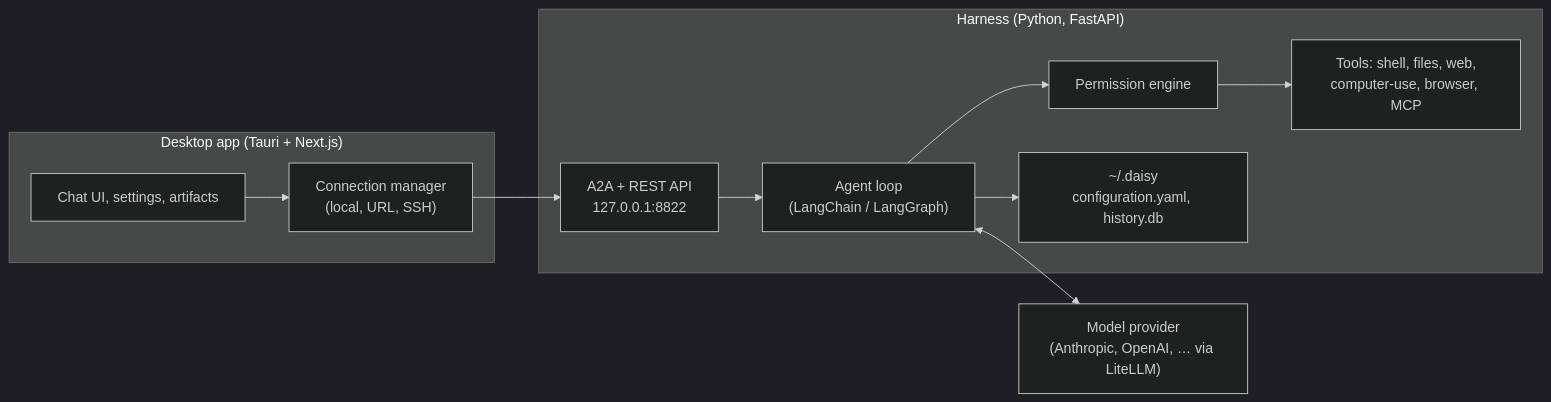
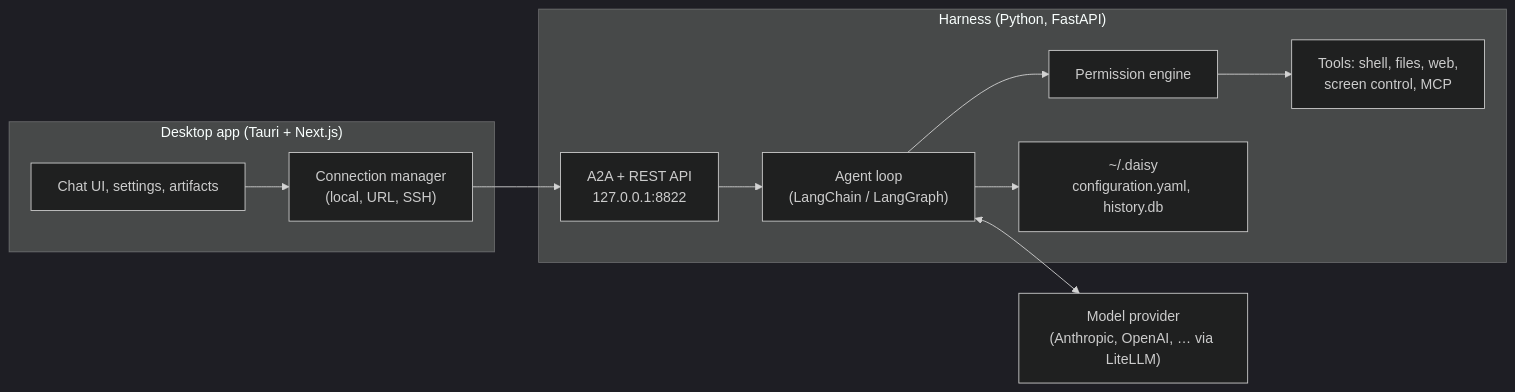
One commit to ghovax/frank changed the diagram in documentation/architecture.md. Above: the diagram before and after it, drawn with Mermaid (dark theme). The commit also changed other lines of this file and 42 other files, not shown here.

````diff
--- a/documentation/architecture.md
+++ b/documentation/architecture.md
@@ -5,22 +5,22 @@
 ```mermaid
 flowchart LR
     subgraph Client["Desktop app (Tauri + Next.js)"]
         UI["Chat UI, settings, artifacts"]
         Conn["Connection manager<br/>(local, URL, SSH)"]
     end
 
     subgraph Harness["Harness (Python, FastAPI)"]
         API["A2A + REST API<br/>127.0.0.1:8822"]
         Loop["Agent loop<br/>(LangChain / LangGraph)"]
         Perm["Permission engine"]
-        Tools["Tools: shell, files, web,<br/>computer-use, browser, MCP"]
+        Tools["Tools: shell, files, web,<br/>screen control, MCP"]
         Store["~/.daisy<br/>configuration.yaml, history.db"]
     end
 
     Model["Model provider<br/>(Anthropic, OpenAI, … via LiteLLM)"]
 
     UI --> Conn --> API
     API --> Loop --> Perm --> Tools
     Loop --> Store
     Loop <--> Model
 ```
````
